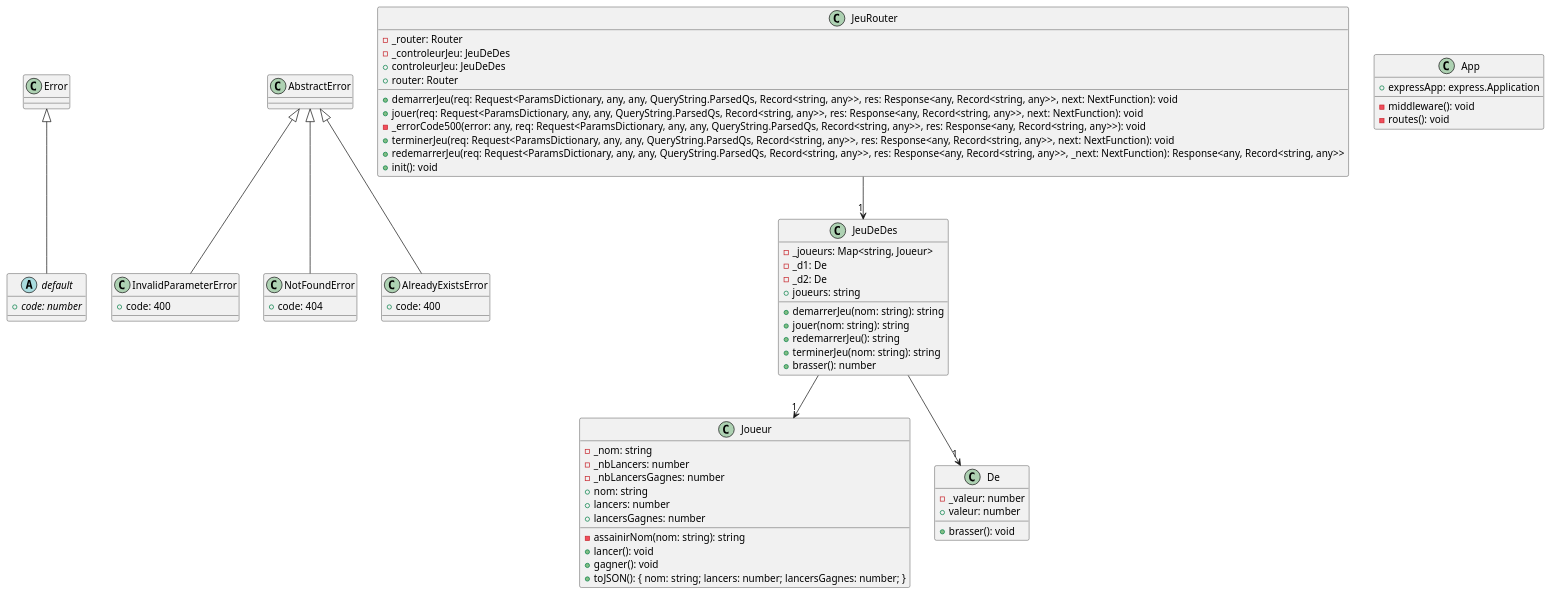
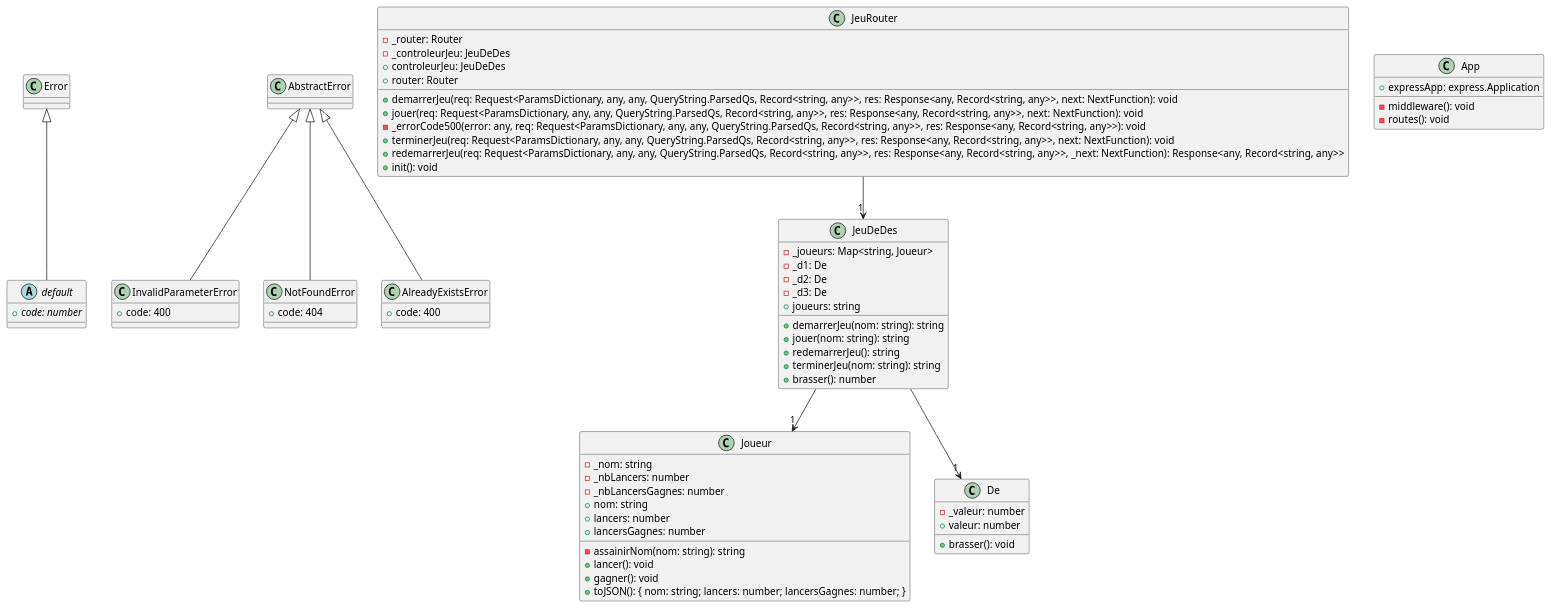
Before and after one commit to cc-probitaille/laboratoire-0-kingNomad3: the diagram in docs/modeles/App.puml, drawn with PlantUML. The commit also changed 1 other file, not shown here.

Commit message:
update diagramme n'affiche pas

```diff
--- a/docs/modeles/App.puml
+++ b/docs/modeles/App.puml
@@ -1,62 +1,63 @@
 @startuml
 abstract class default extends Error {
     +{abstract} code: number
 }
 class InvalidParameterError extends AbstractError {
     +code: 400
 }
 class Joueur {
     -_nom: string
     -_nbLancers: number
     -_nbLancersGagnes: number
     +nom: string
     -assainirNom(nom: string): string
     +lancers: number
     +lancersGagnes: number
     +lancer(): void
     +gagner(): void
     +toJSON(): { nom: string; lancers: number; lancersGagnes: number; }
 }
 class De {
     -_valeur: number
     +brasser(): void
     +valeur: number
 }
 class NotFoundError extends AbstractError {
     +code: 404
 }
 class AlreadyExistsError extends AbstractError {
     +code: 400
 }
 class JeuDeDes {
     -_joueurs: Map<string, Joueur>
     -_d1: De
     -_d2: De
+    -_d3: De
     +demarrerJeu(nom: string): string
     +jouer(nom: string): string
     +redemarrerJeu(): string
     +terminerJeu(nom: string): string
     +brasser(): number
     +joueurs: string
 }
 class JeuRouter {
     -_router: Router
     -_controleurJeu: JeuDeDes
     +controleurJeu: JeuDeDes
     +router: Router
     +demarrerJeu(req: Request<ParamsDictionary, any, any, QueryString.ParsedQs, Record<string, any>>, res: Response<any, Record<string, any>>, next: NextFunction): void
     +jouer(req: Request<ParamsDictionary, any, any, QueryString.ParsedQs, Record<string, any>>, res: Response<any, Record<string, any>>, next: NextFunction): void
     -_errorCode500(error: any, req: Request<ParamsDictionary, any, any, QueryString.ParsedQs, Record<string, any>>, res: Response<any, Record<string, any>>): void
     +terminerJeu(req: Request<ParamsDictionary, any, any, QueryString.ParsedQs, Record<string, any>>, res: Response<any, Record<string, any>>, next: NextFunction): void
     +redemarrerJeu(req: Request<ParamsDictionary, any, any, QueryString.ParsedQs, Record<string, any>>, res: Response<any, Record<string, any>>, _next: NextFunction): Response<any, Record<string, any>>
     +init(): void
 }
 class App {
     +expressApp: express.Application
     -middleware(): void
     -routes(): void
 }
 JeuDeDes --> "1" Joueur
 JeuDeDes --> "1" De
 JeuRouter --> "1" JeuDeDes
 @enduml
```
